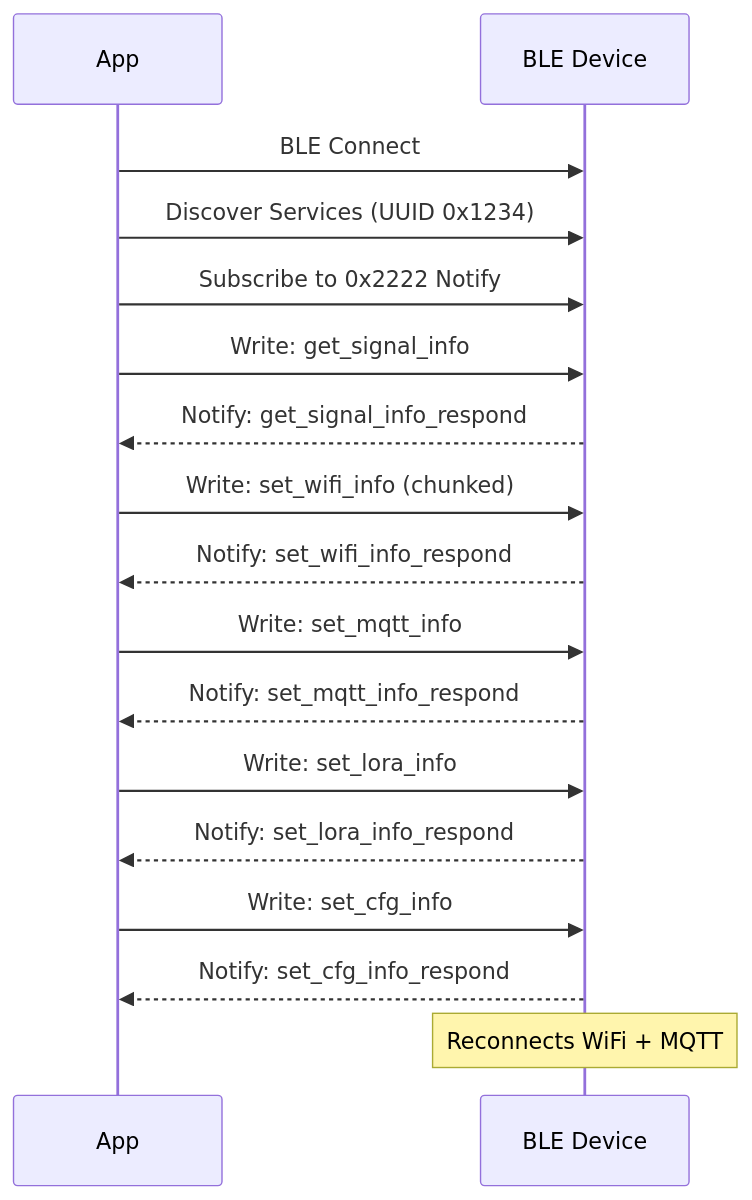
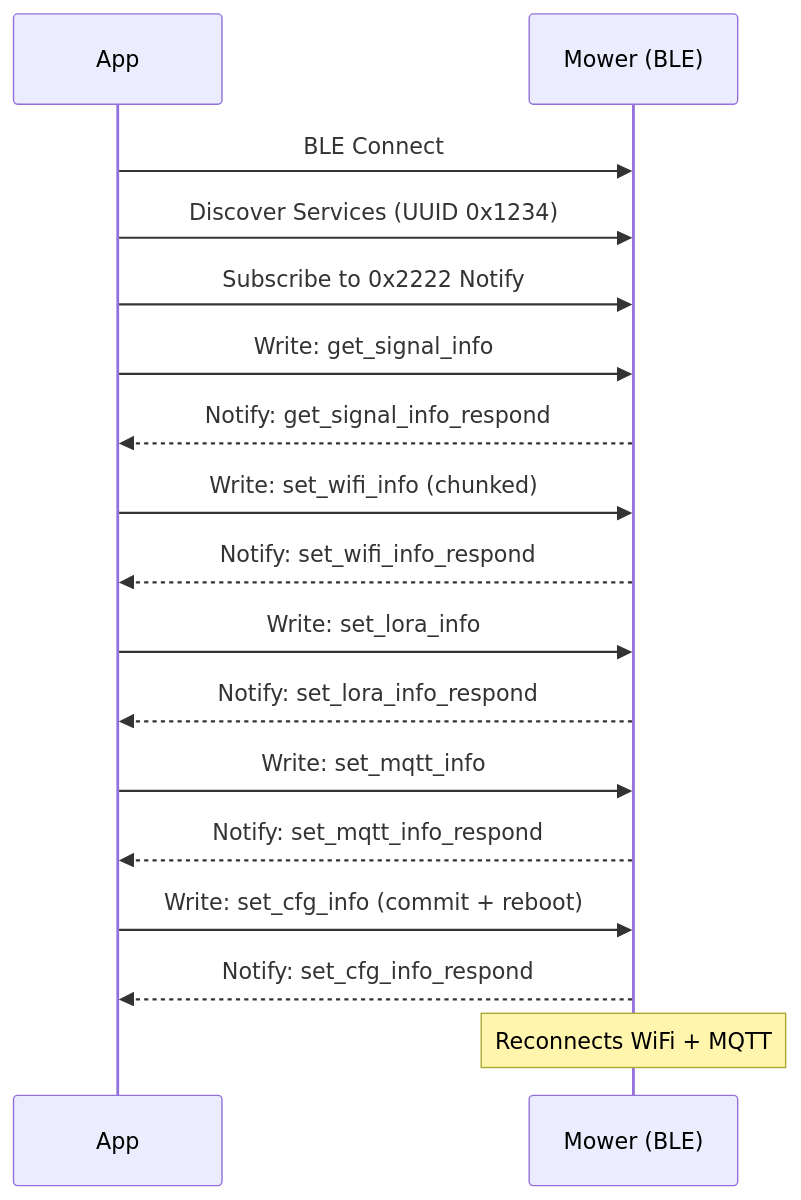
The second of 2 diagrams in docs/ble/overview.md (rvbcrs/Novabot), drawn with Mermaid before and after one commit. The commit also changed other lines of this file and 6 other files, not shown here.

````diff
--- a/docs/ble/overview.md
+++ b/docs/ble/overview.md
@@ -38,20 +66,20 @@
 ```mermaid
 sequenceDiagram
     participant App
-    participant Device as BLE Device
+    participant Mower as Mower (BLE)
 
-    App->>Device: BLE Connect
-    App->>Device: Discover Services (UUID 0x1234)
-    App->>Device: Subscribe to 0x2222 Notify
-    App->>Device: Write: get_signal_info
-    Device-->>App: Notify: get_signal_info_respond
-    App->>Device: Write: set_wifi_info (chunked)
-    Device-->>App: Notify: set_wifi_info_respond
-    App->>Device: Write: set_mqtt_info
-    Device-->>App: Notify: set_mqtt_info_respond
-    App->>Device: Write: set_lora_info
-    Device-->>App: Notify: set_lora_info_respond
-    App->>Device: Write: set_cfg_info
-    Device-->>App: Notify: set_cfg_info_respond
-    Note over Device: Reconnects WiFi + MQTT
+    App->>Mower: BLE Connect
+    App->>Mower: Discover Services (UUID 0x1234)
+    App->>Mower: Subscribe to 0x2222 Notify
+    App->>Mower: Write: get_signal_info
+    Mower-->>App: Notify: get_signal_info_respond
+    App->>Mower: Write: set_wifi_info (chunked)
+    Mower-->>App: Notify: set_wifi_info_respond
+    App->>Mower: Write: set_lora_info
+    Mower-->>App: Notify: set_lora_info_respond
+    App->>Mower: Write: set_mqtt_info
+    Mower-->>App: Notify: set_mqtt_info_respond
+    App->>Mower: Write: set_cfg_info (commit + reboot)
+    Mower-->>App: Notify: set_cfg_info_respond
+    Note over Mower: Reconnects WiFi + MQTT
 ```
````
